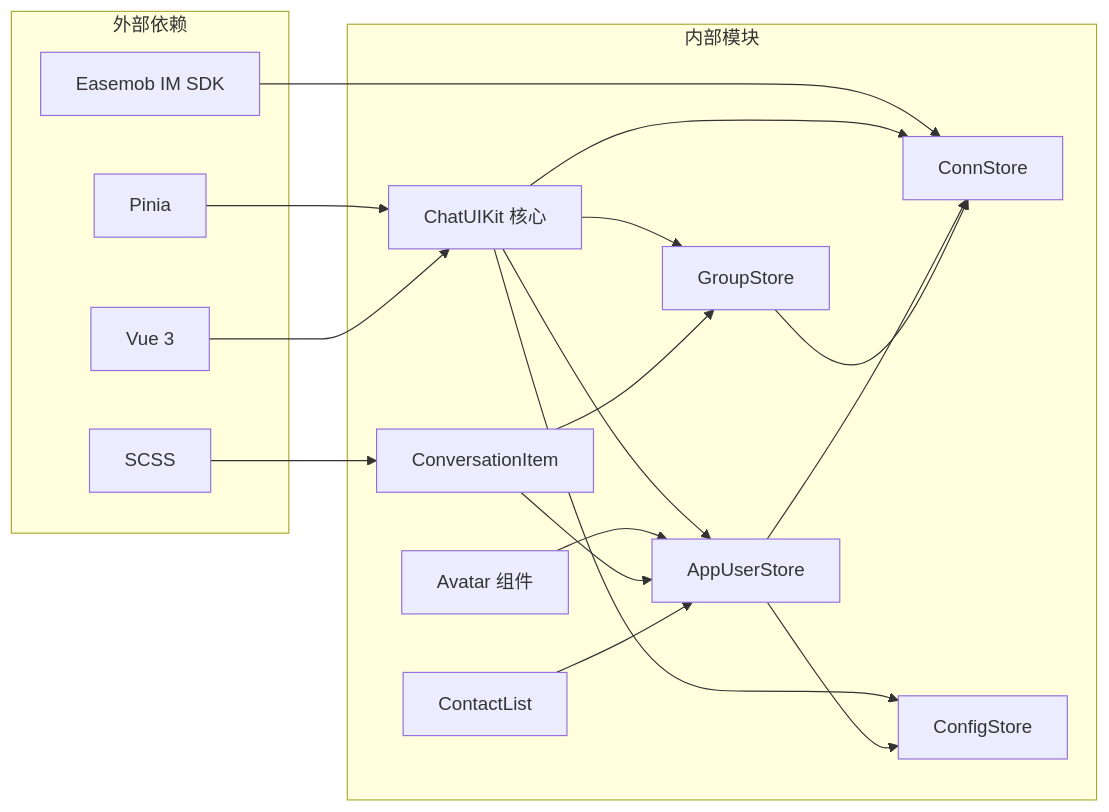
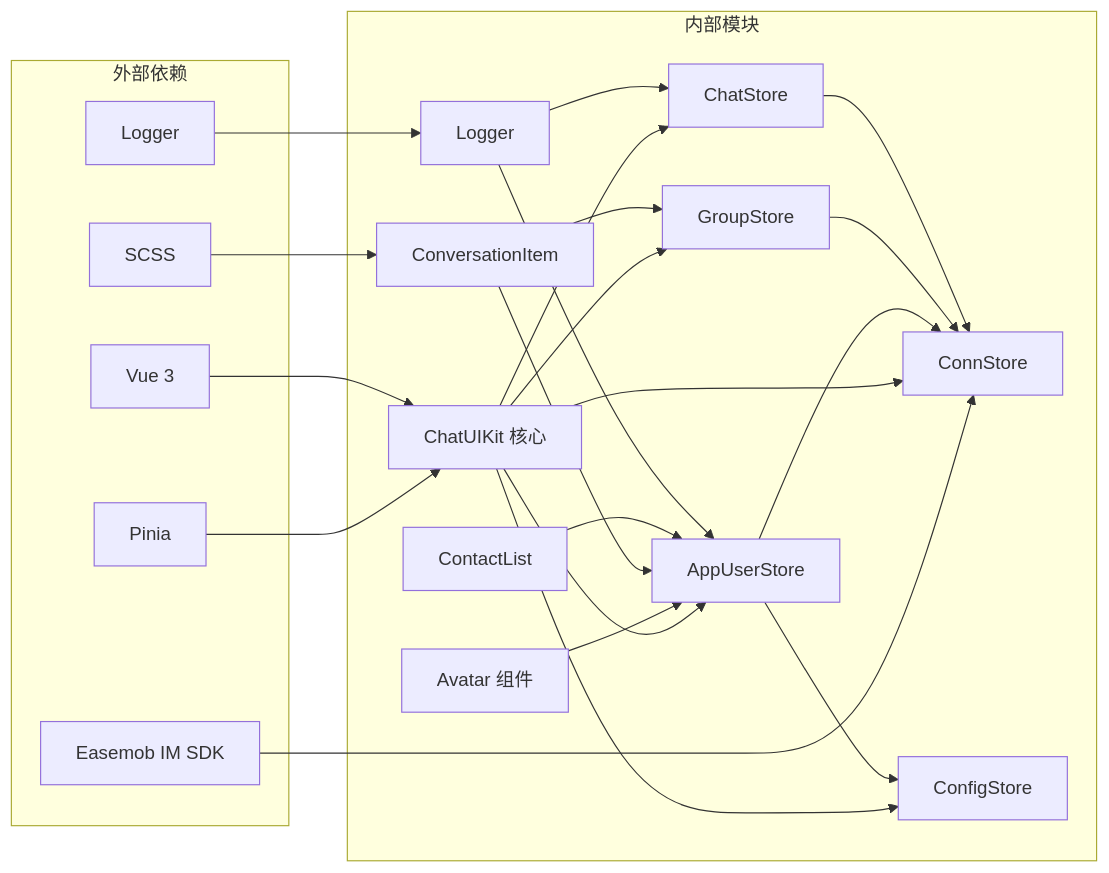
The seventh of 7 diagrams in .qoder/repowiki/zh/content/User Status Management.md (Easemob-Community/easemob-uikit-uniapp-community), drawn with Mermaid before and after one commit. The commit also changed other lines of this file and 4 other files, not shown here.

````diff
--- a/.qoder/repowiki/zh/content/User Status Management.md
+++ b/.qoder/repowiki/zh/content/User Status Management.md
@@ -388,34 +471,42 @@
 ```mermaid
 graph LR
 subgraph "外部依赖"
 A[Pinia]
 B[Vue 3]
 C[Easemob IM SDK]
 D[SCSS]
+E[Logger]
 end
 subgraph "内部模块"
-E[ChatUIKit 核心]
-F[AppUserStore]
-G[GroupStore]
-H[ConnStore]
-I[ConfigStore]
-J[Avatar 组件]
-K[ConversationItem]
-L[ContactList]
+F[ChatUIKit 核心]
+G[AppUserStore]
+H[GroupStore]
+I[ConnStore]
+J[ConfigStore]
+K[Avatar 组件]
+L[ConversationItem]
+M[ContactList]
+N[ChatStore]
+O[Logger]
 end
-A --> E
-B --> E
-C --> H
-D --> K
-E --> F
-E --> G
-E --> H
-E --> I
+A --> F
+B --> F
+C --> I
+D --> L
+E --> O
+F --> G
 F --> H
 F --> I
-G --> H
-J --> F
-K --> F
+F --> J
+F --> N
+G --> I
+G --> J
+H --> I
+N --> I
 K --> G
-L --> F
+L --> G
+L --> H
+M --> G
+O --> G
+O --> N
 ```
````
